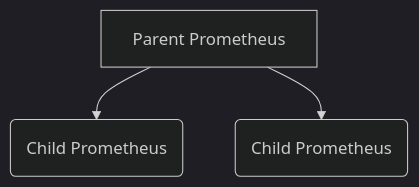
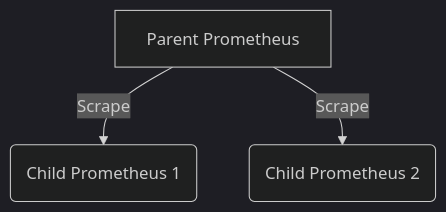
Before and after one commit to dgdsingen/wiki: the diagram in devops/prometheus.md, drawn with Mermaid (dark theme). The commit also changed other lines of this file, not shown here.

````diff
--- a/devops/prometheus.md
+++ b/devops/prometheus.md
@@ -397,5 +397,5 @@
 ```mermaid
 graph
-A[Parent Prometheus] -->B(Child Prometheus)
-A[Parent Prometheus] -->C(Child Prometheus)
+A[Parent Prometheus] -->|Scrape| B(Child Prometheus 1)
+A[Parent Prometheus] -->|Scrape| C(Child Prometheus 2)
 ```
````
